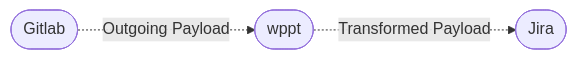
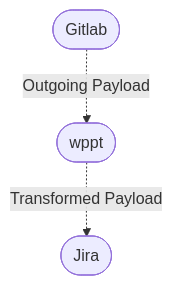
The diagram in README.md (redhat-performance/wppt), drawn with Mermaid before and after one commit.

Commit message:
docs: graph styling top-down

````diff
--- a/README.md
+++ b/README.md
@@ -19,5 +19,5 @@
 ```mermaid
- flowchart LR
+ flowchart TD
     id1([Gitlab]) -. Outgoing Payload .-> id2([wppt])
     id2([wppt]) -. Transformed Payload .-> id3([Jira])
 ```
````
